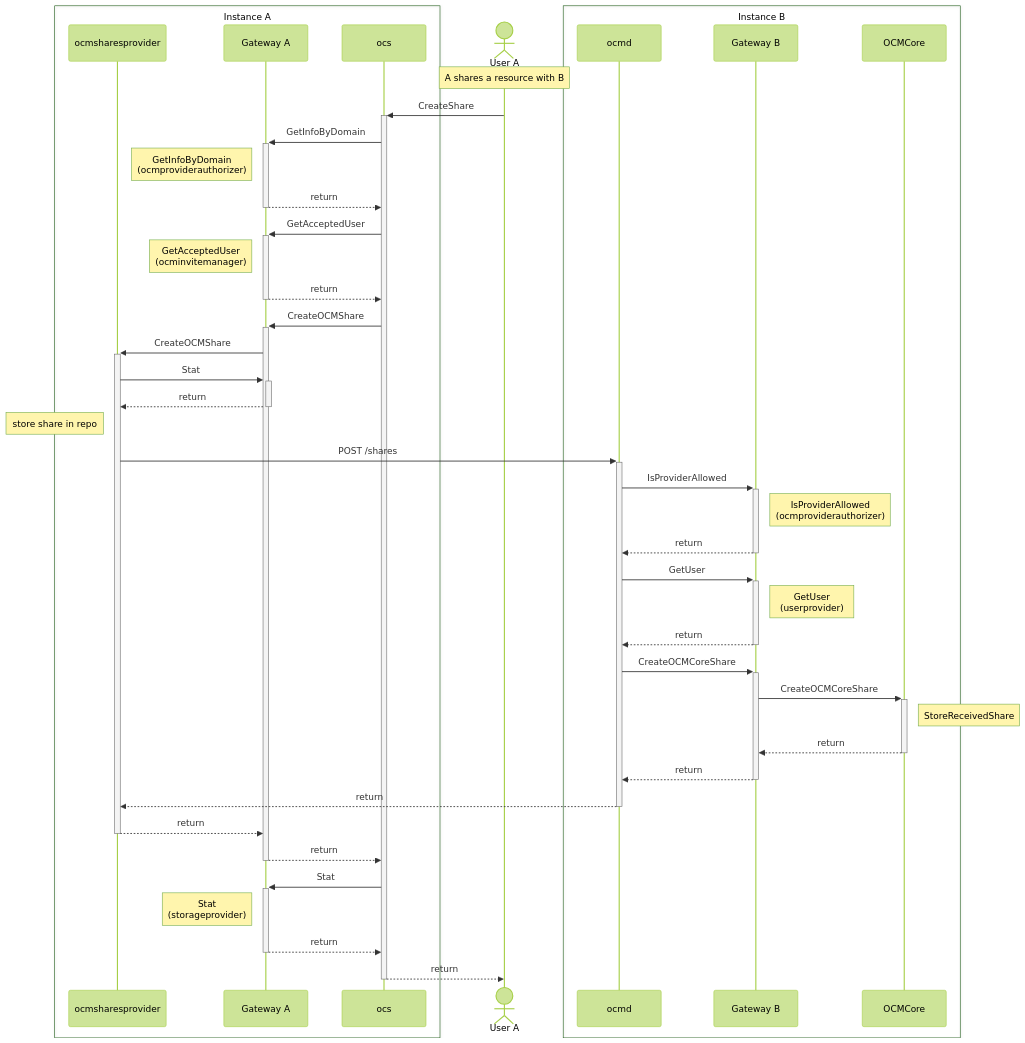
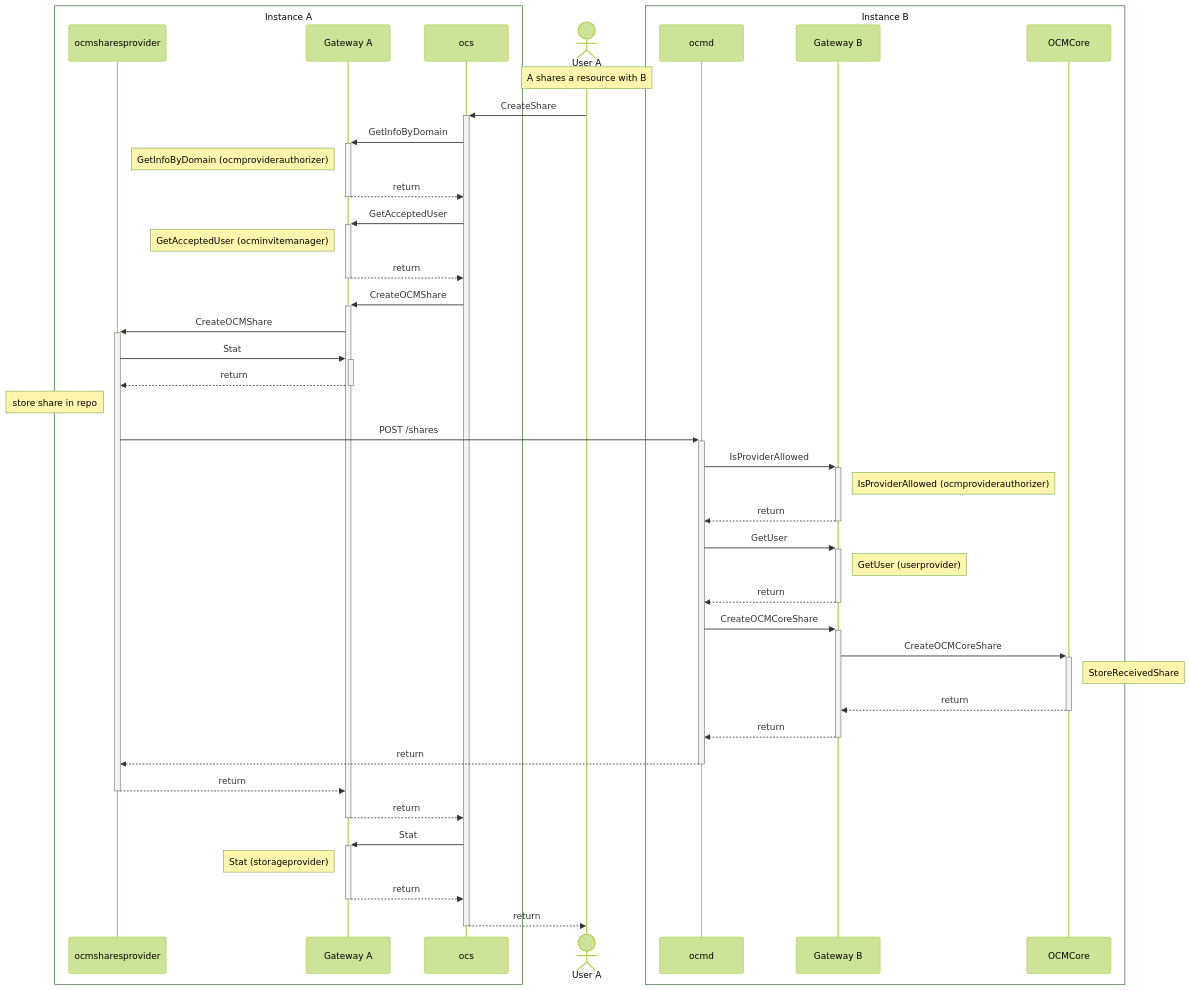
The diagram in docs/services/ocm/create_share_flow.md (owncloud/ocis), drawn with Mermaid (forest theme) before and after one commit.

Commit message:
fix broken ocm create share flow diagram

```diff
--- a/docs/services/ocm/create_share_flow.md
+++ b/docs/services/ocm/create_share_flow.md
@@ -13,53 +13,53 @@
 {{< mermaid class="text-center">}}
 sequenceDiagram
     box Instance A
         participant osp as ocmsharesprovider
         participant gwa as Gateway A
         participant httpa as ocs
     end
     actor usera as User A
     box Instance B
         participant httpb as ocmd
         participant gwb as Gateway B
         participant ocmc as OCMCore
     end
 
     Note over usera: A shares a resource with B
     usera->>+httpa: CreateShare
         httpa->>+gwa: GetInfoByDomain
-        Note left of gwa: GetInfoByDomain<br/>(ocmproviderauthorizer)
+        Note left of gwa: GetInfoByDomain (ocmproviderauthorizer)
         gwa-->>-httpa: return
 
         httpa->>+gwa: GetAcceptedUser
-        Note left of gwa: GetAcceptedUser<br/>(ocminvitemanager)
+        Note left of gwa: GetAcceptedUser (ocminvitemanager)
         gwa-->>-httpa: return
 
         httpa->>+gwa: CreateOCMShare
             gwa->>+osp: CreateOCMShare
                 osp->>+gwa: Stat
                 gwa-->>-osp: return
 
                 Note left of osp: store share in repo
-                
+
                 osp->>+httpb: POST /shares
                     httpb->>+gwb: IsProviderAllowed
-                    Note right of gwb: IsProviderAllowed<br/>(ocmproviderauthorizer)
+                    Note right of gwb: IsProviderAllowed (ocmproviderauthorizer)
                     gwb-->>-httpb: return
 
                     httpb->>+gwb: GetUser
-                    Note right of gwb: GetUser<br/>(userprovider)
+                    Note right of gwb: GetUser (userprovider)
                     gwb-->>-httpb: return
 
                     httpb->>+gwb: CreateOCMCoreShare
                         gwb->>+ocmc: CreateOCMCoreShare
                         Note right of ocmc: StoreReceivedShare
                         ocmc-->>-gwb: return
                     gwb-->>-httpb: return
                 httpb-->>-osp: return
             osp-->>-gwa: return
         gwa-->>-httpa: return
         httpa->>+gwa: Stat
-            Note left of gwa: Stat<br/>(storageprovider)
+            Note left of gwa: Stat (storageprovider)
         gwa-->>-httpa: return
     httpa-->>-usera: return
 {{< /mermaid >}}
```
